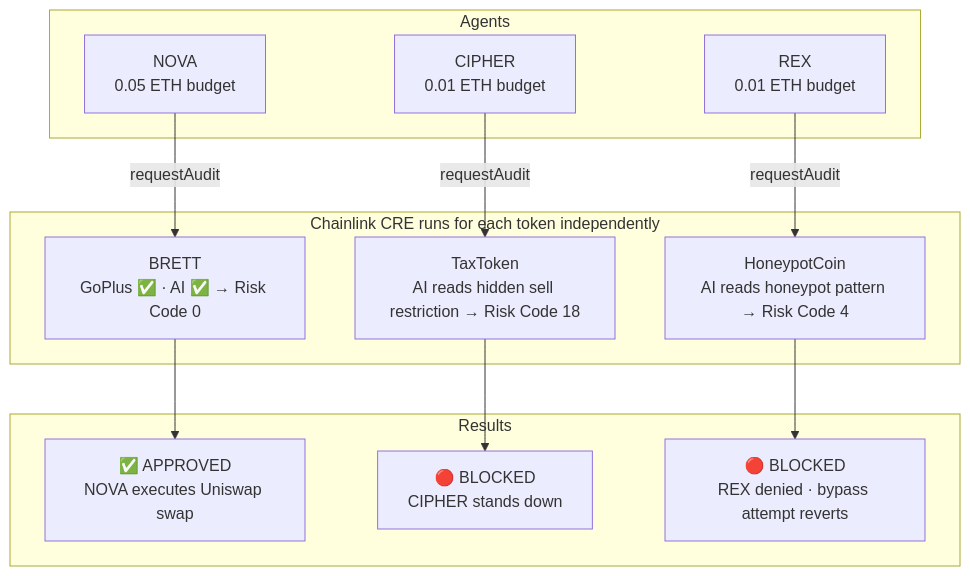
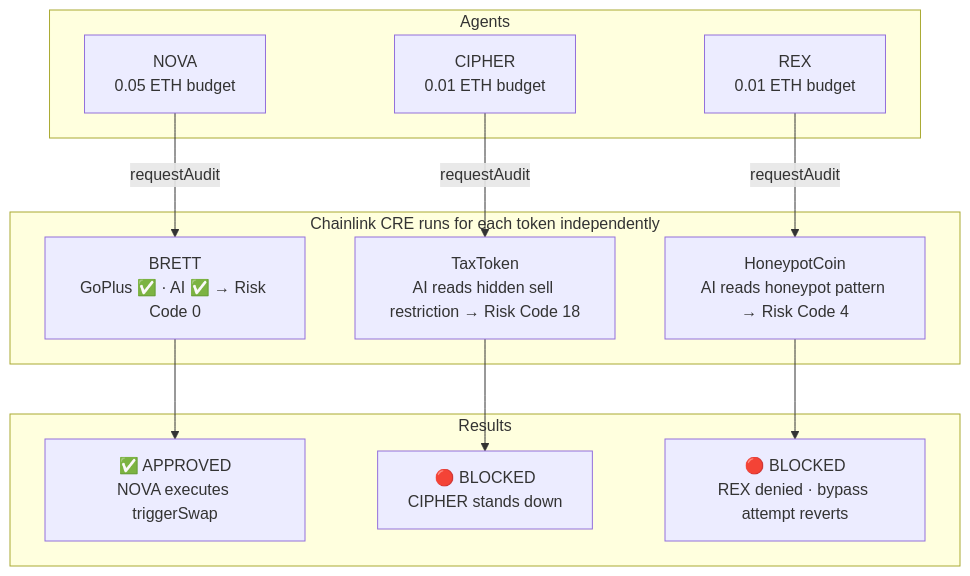
The sixth of 12 diagrams in docs/ARCHITECTURE.md (vjb/aegis-v4), drawn with Mermaid before and after one commit. The commit also changed other lines of this file, not shown here.

Commit message:
fix: remove false Uniswap V3 claims from architecture docs

````diff
--- a/docs/ARCHITECTURE.md
+++ b/docs/ARCHITECTURE.md
@@ -150,24 +150,24 @@
 ```mermaid
 flowchart TD
     subgraph Agents
         NOVA["NOVA\n0.05 ETH budget"]
         CIPHER["CIPHER\n0.01 ETH budget"]
         REX["REX\n0.01 ETH budget"]
     end
 
     subgraph Oracle["Chainlink CRE runs for each token independently"]
         O1["BRETT\nGoPlus ✅ · AI ✅ → Risk Code 0"]
         O2["TaxToken\nAI reads hidden sell restriction → Risk Code 18"]
         O3["HoneypotCoin\nAI reads honeypot pattern → Risk Code 4"]
     end
 
     subgraph Results
-        R1["✅ APPROVED\nNOVA executes Uniswap swap"]
+        R1["✅ APPROVED\nNOVA executes triggerSwap"]
         R2["🔴 BLOCKED\nCIPHER stands down"]
         R3["🔴 BLOCKED\nREX denied · bypass attempt reverts"]
     end
 
     NOVA -->|requestAudit| O1 --> R1
     CIPHER -->|requestAudit| O2 --> R2
     REX -->|requestAudit| O3 --> R3
 ```
````
